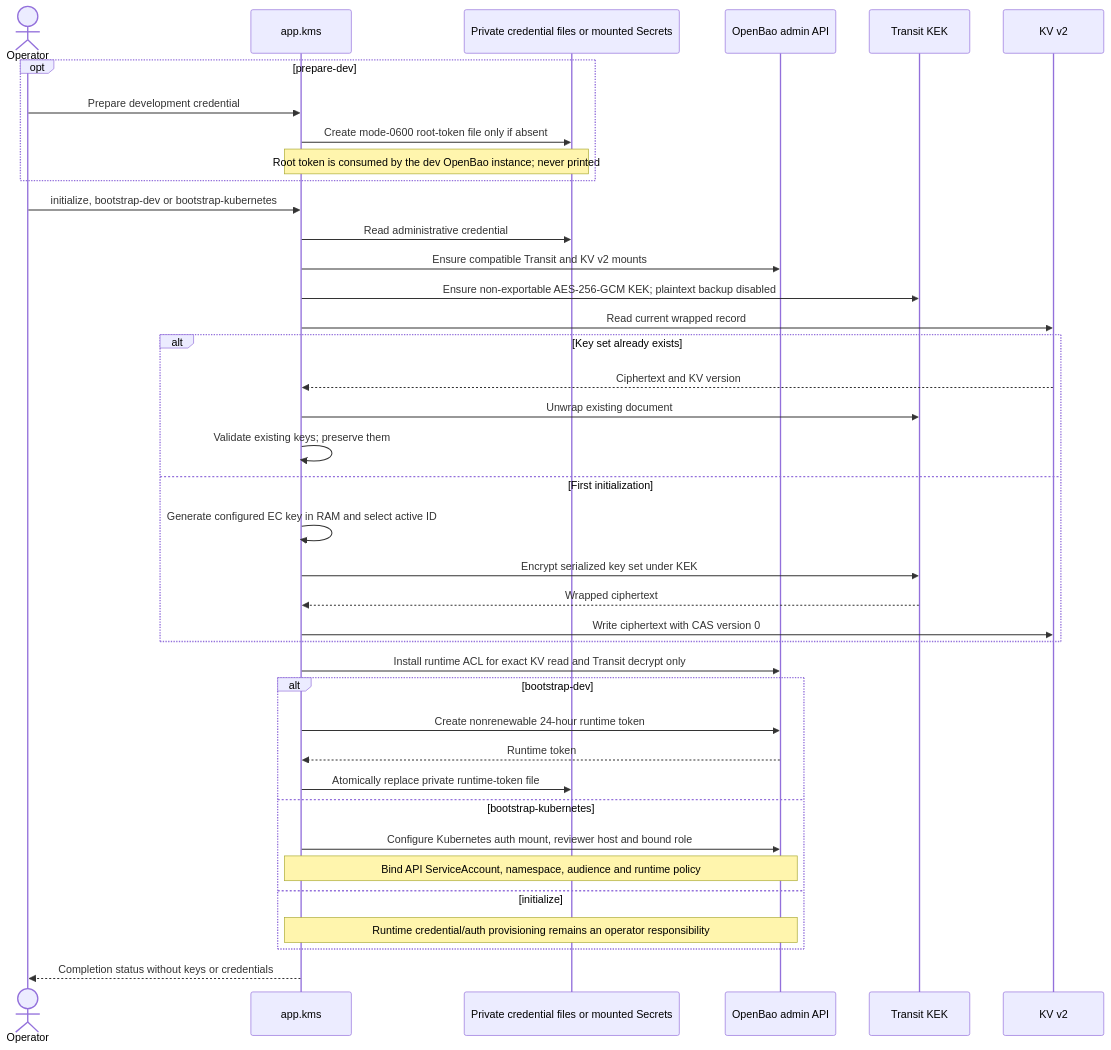
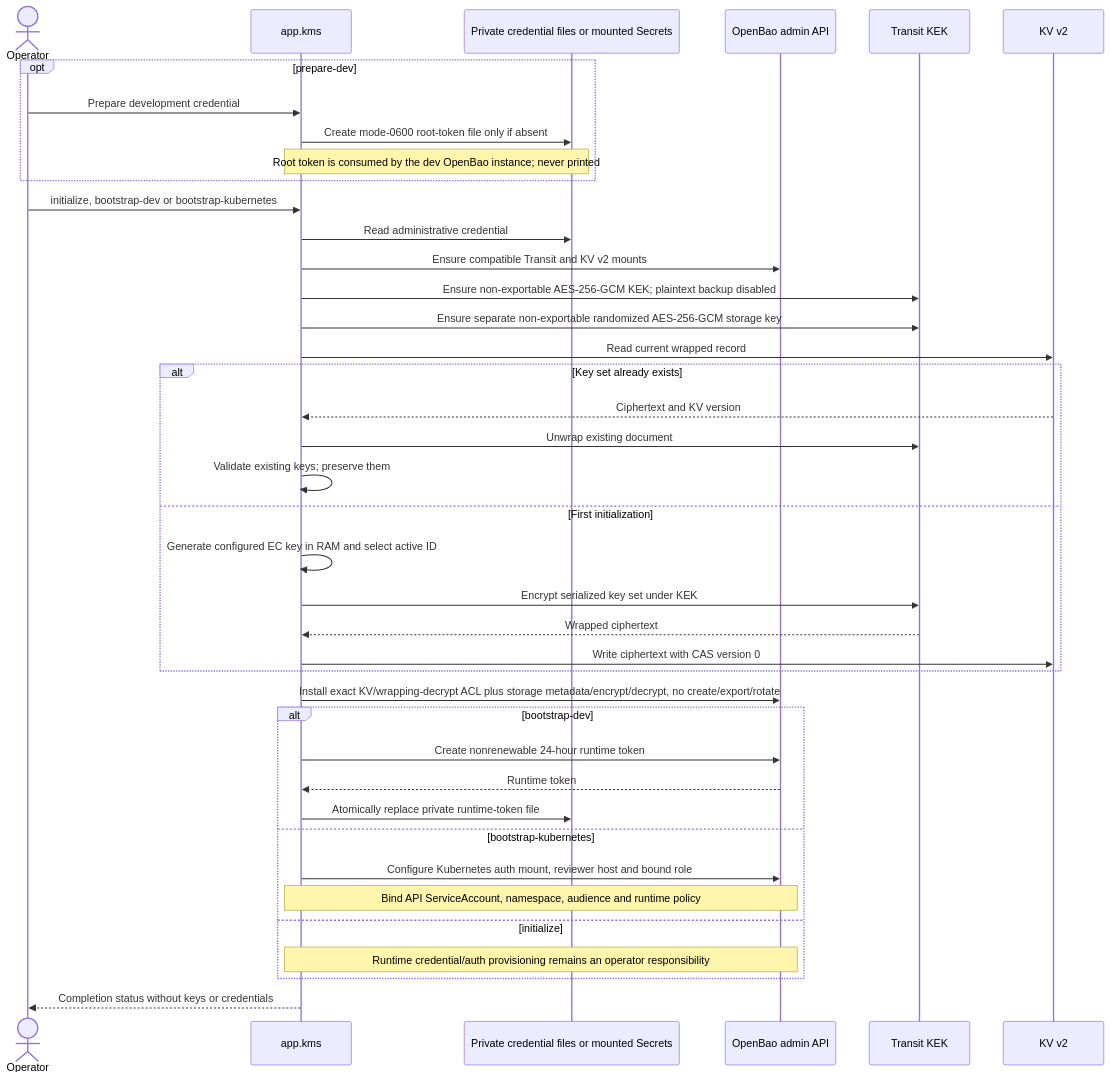
Diagram 18 of 24 in docs/IMPLEMENTATION_STATUS.md (lucagiorgino/http-logger-collector), drawn with Mermaid before and after one commit. The commit also changed other lines of this file and 7 other files, not shown here.

First line of the commit message:
docs: update architecture and operational guidance

````diff
--- a/docs/IMPLEMENTATION_STATUS.md
+++ b/docs/IMPLEMENTATION_STATUS.md
@@ -729,41 +939,42 @@
 ```mermaid
 sequenceDiagram
     actor Operator
     participant CLI as app.kms
     participant Files as Private credential files or mounted Secrets
     participant Bao as OpenBao admin API
     participant Transit as Transit KEK
     participant KV as KV v2
     opt prepare-dev
         Operator->>CLI: Prepare development credential
         CLI->>Files: Create mode-0600 root-token file only if absent
         Note over CLI,Files: Root token is consumed by the dev OpenBao instance#59; never printed
     end
     Operator->>CLI: initialize, bootstrap-dev or bootstrap-kubernetes
     CLI->>Files: Read administrative credential
     CLI->>Bao: Ensure compatible Transit and KV v2 mounts
     CLI->>Transit: Ensure non-exportable AES-256-GCM KEK#59; plaintext backup disabled
+    CLI->>Transit: Ensure separate non-exportable randomized AES-256-GCM storage key
     CLI->>KV: Read current wrapped record
     alt Key set already exists
         KV-->>CLI: Ciphertext and KV version
         CLI->>Transit: Unwrap existing document
         CLI->>CLI: Validate existing keys#59; preserve them
     else First initialization
         CLI->>CLI: Generate configured EC key in RAM and select active ID
         CLI->>Transit: Encrypt serialized key set under KEK
         Transit-->>CLI: Wrapped ciphertext
         CLI->>KV: Write ciphertext with CAS version 0
     end
-    CLI->>Bao: Install runtime ACL for exact KV read and Transit decrypt only
+    CLI->>Bao: Install exact KV/wrapping-decrypt ACL plus storage metadata/encrypt/decrypt, no create/export/rotate
     alt bootstrap-dev
         CLI->>Bao: Create nonrenewable 24-hour runtime token
         Bao-->>CLI: Runtime token
         CLI->>Files: Atomically replace private runtime-token file
     else bootstrap-kubernetes
         CLI->>Bao: Configure Kubernetes auth mount, reviewer host and bound role
         Note over CLI,Bao: Bind API ServiceAccount, namespace, audience and runtime policy
     else initialize
         Note over CLI,Bao: Runtime credential/auth provisioning remains an operator responsibility
     end
     CLI-->>Operator: Completion status without keys or credentials
 ```
````
